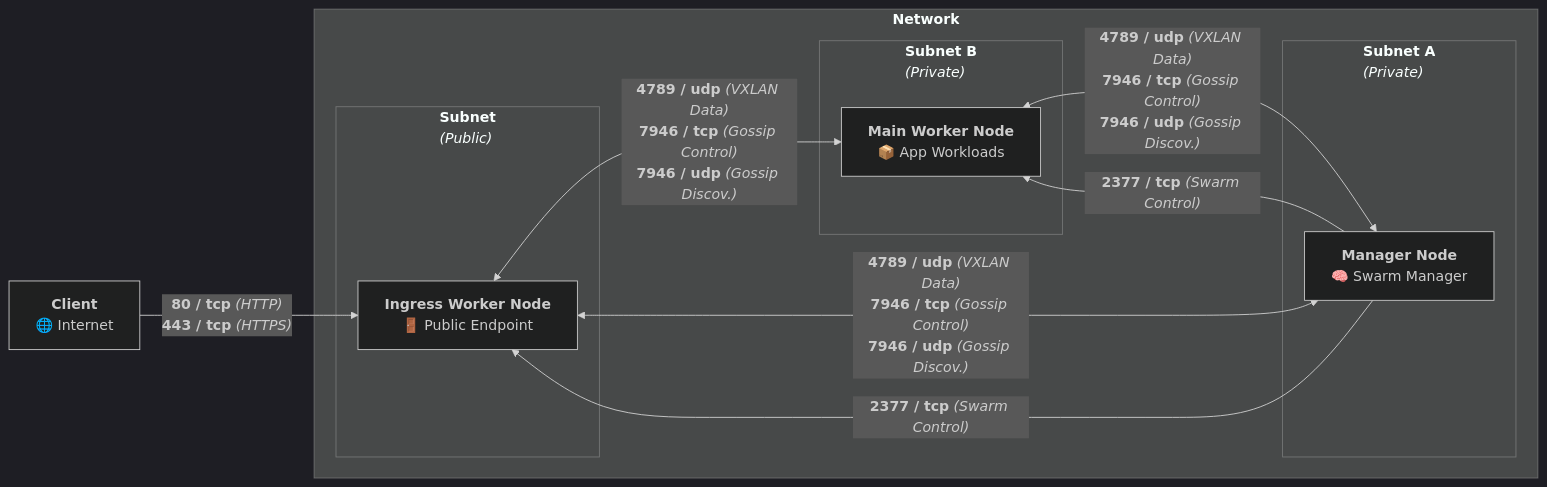
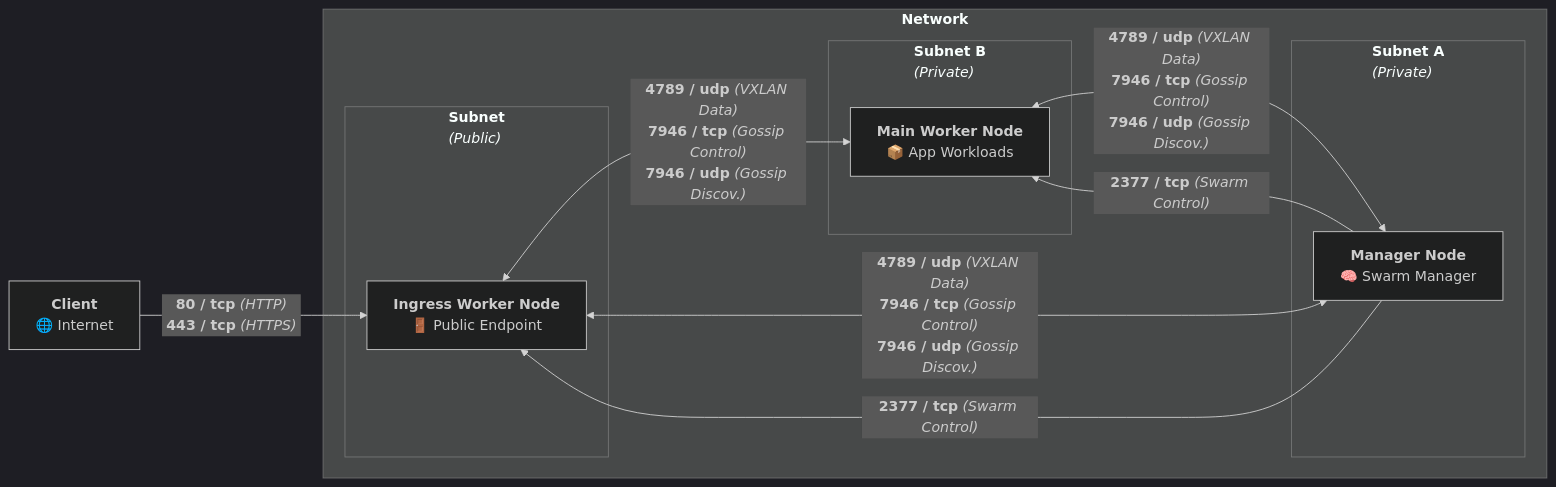
One commit to cloud-skeleton/prerequisites changed the diagram in README.md. Above: the diagram before and after it, drawn with Mermaid (dark theme).

Commit message:
&nbsp; test

````diff
--- a/README.md
+++ b/README.md
@@ -38,31 +38,31 @@
 ```mermaid
 graph LR
 
   external_client["<b>Client</b><br>🌐 Internet"]
 
   subgraph "<b>Network</b>"
     subgraph "<b>Subnet</b><br><i>(Public)</i>"
       ingress["<b>Ingress Worker Node</b><br>🚪 Public Endpoint"]
     end
 
     subgraph "<b>Subnet A</b><br><i>(Private)</i>"
       manager["<b>Manager Node</b><br>🧠 Swarm Manager"]
     end
 
     subgraph "<b>Subnet B</b><br><i>(Private)</i>"
       worker["<b>Main Worker Node</b><br>📦 App Workloads"]
     end
   end
 
-  external_client -->|"<b>80 / tcp</b> <i>(HTTP)</i><br><b>443 / tcp</b> <i>(HTTPS)</i>"| ingress
+  external_client -->|"<b>80 / tcp</b> <i>(HTTP)</i><br>&nbsp;<b>443 / tcp</b> <i>(HTTPS)</i>&nbsp;"| ingress
 
   ingress <-->|"<b>4789 / udp</b> <i>(VXLAN Data)</i><br><b>7946 / tcp</b> <i>(Gossip Control)</i><br><b>7946 / udp</b> <i>(Gossip Discov.)</i>"| worker
 
   ingress <-->|"<b>4789 / udp</b> <i>(VXLAN Data)</i><br><b>7946 / tcp</b> <i>(Gossip Control)</i><br><b>7946 / udp</b> <i>(Gossip Discov.)</i>"| manager
 
   worker <-->|"<b>4789 / udp</b> <i>(VXLAN Data)</i><br><b>7946 / tcp</b> <i>(Gossip Control)</i><br><b>7946 / udp</b> <i>(Gossip Discov.)</i>"| manager
 
   manager -->|"<b>2377 / tcp</b> <i>(Swarm Control)</i>"| ingress
 
   manager -->|"<b>2377 / tcp</b> <i>(Swarm Control)</i>"| worker
 ```
````
